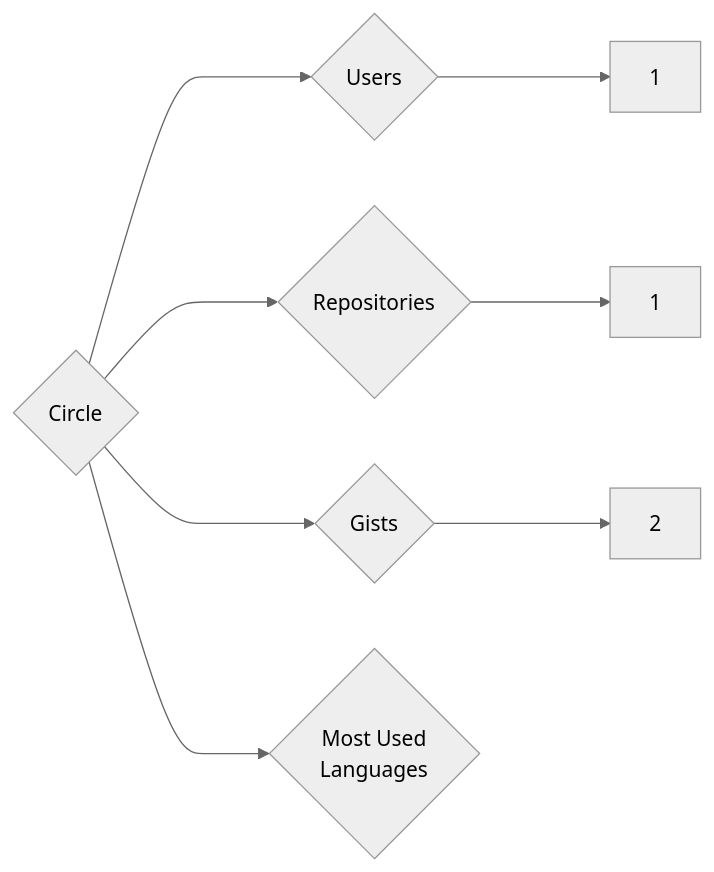
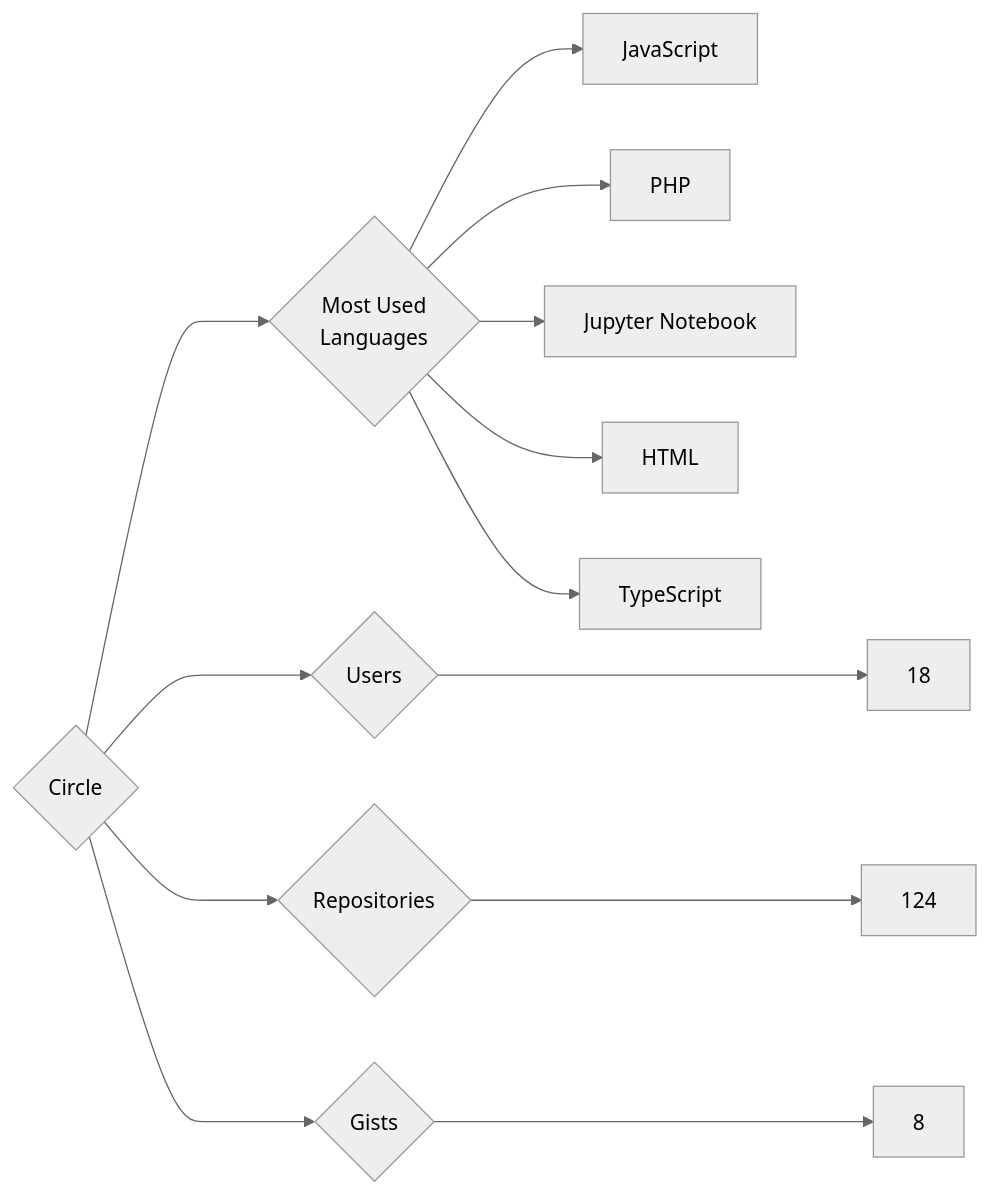
The diagram in targets/Circle/README.md (trickest/insiders), drawn with Mermaid (neutral theme) before and after one commit. The commit also changed 682 other files, not shown here.

````diff
--- a/targets/Circle/README.md
+++ b/targets/Circle/README.md
@@ -3,8 +3,13 @@
 ```mermaid
 graph LR
 COMPANY_NAME{Circle}
-COMPANY_NAME ---> U{Users} ---> UN[1]
-COMPANY_NAME ---> R{Repositories} ---> RN[1]
-COMPANY_NAME ---> G{Gists} ---> GN[2]
+COMPANY_NAME ---> U{Users} ---> UN[18]
+COMPANY_NAME ---> R{Repositories} ---> RN[124]
+COMPANY_NAME ---> G{Gists} ---> GN[8]
 COMPANY_NAME ---> ML{Most Used<br>Languages}
+ML --> JavaScript[JavaScript]
+ML --> PHP[PHP]
+ML --> Jupyter_Notebook[Jupyter Notebook]
+ML --> HTML[HTML]
+ML --> TypeScript[TypeScript]
 ```
````
